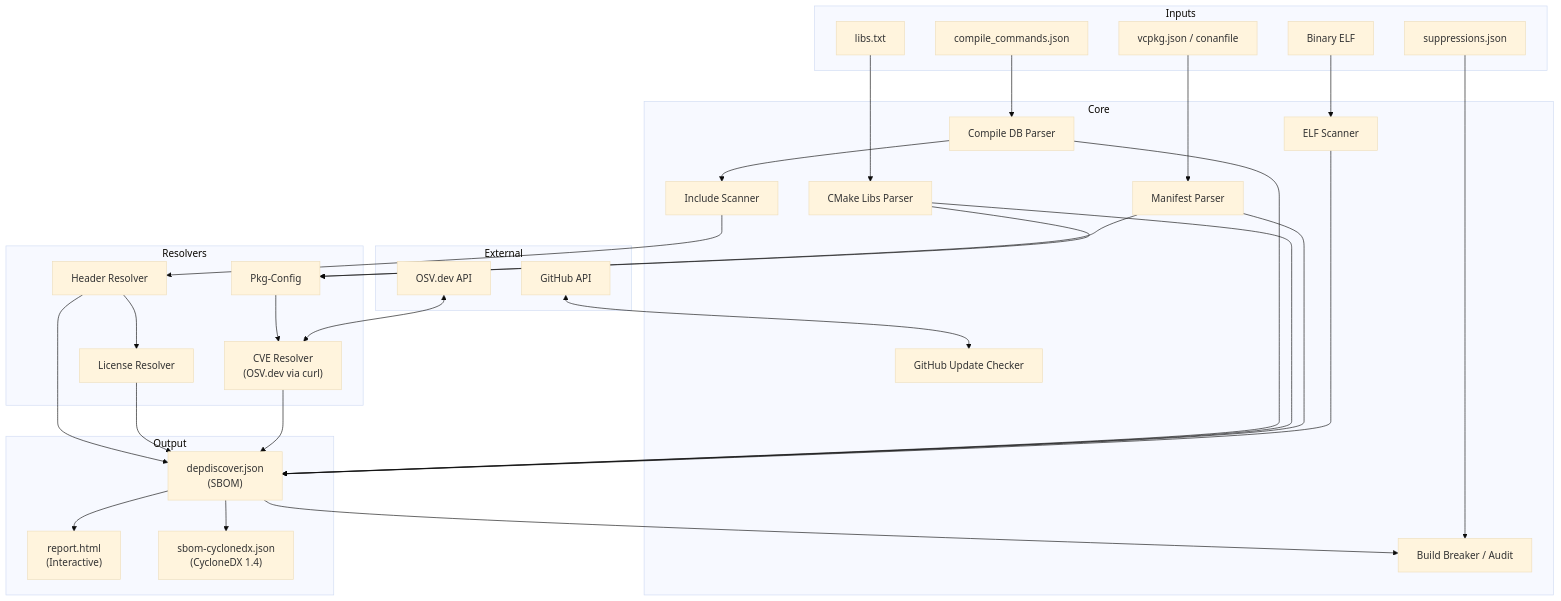
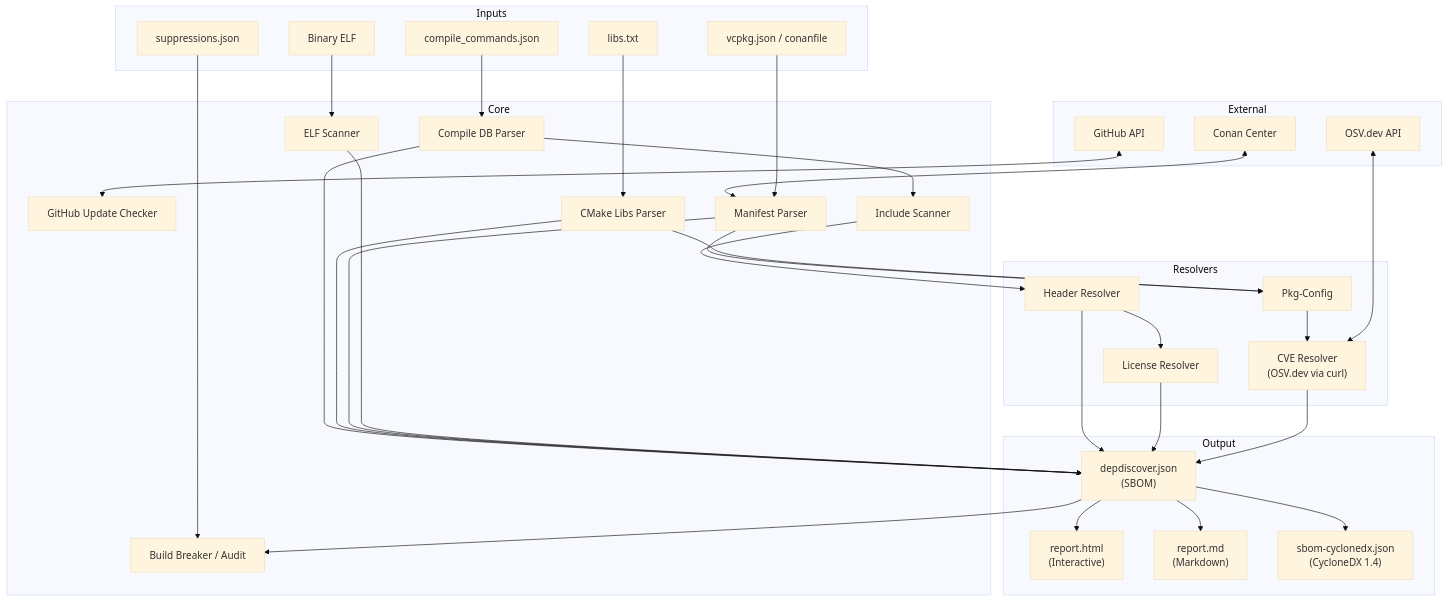
The second of 4 diagrams in docs/architecture/readme.md (Zheng-Bote/depdiscover), drawn with Mermaid (base theme) before and after one commit. The commit also changed other lines of this file and 32 other files, not shown here.

````diff
--- a/docs/architecture/readme.md
+++ b/docs/architecture/readme.md
@@ -84,60 +86,64 @@
 ```mermaid
 graph TD
     subgraph External
         GH[GitHub API]
         OSV[OSV.dev API]
+        CN[Conan Center]
     end
 
     subgraph Inputs
         CC[compile_commands.json]
         LIBS[libs.txt]
         MAN[vcpkg.json / conanfile]
         BIN[Binary ELF]
         SUPP[suppressions.json]
     end
 
     subgraph Core
         UC[GitHub Update Checker]
         P_CC[Compile DB Parser]
         P_CMAKE[CMake Libs Parser]
         P_MAN[Manifest Parser]
         S_ELF[ELF Scanner]
         S_INC[Include Scanner]
         BB[Build Breaker / Audit]
     end
 
     subgraph Resolvers
         R_HEAD[Header Resolver]
         R_PKG[Pkg-Config]
         R_LIC[License Resolver]
         R_CVE["CVE Resolver<br>(OSV.dev via curl)"]
     end
 
     subgraph Output
         JSON["depdiscover.json <br> (SBOM)"]
         HTML["report.html <br> (Interactive)"]
+        MD["report.md <br> (Markdown)"]
         CDX["sbom-cyclonedx.json <br> (CycloneDX 1.4)"]
     end
 
     GH <--> UC
+    CN <--> P_MAN
     CC --> P_CC
     LIBS --> P_CMAKE
     MAN --> P_MAN
     BIN --> S_ELF
     SUPP --> BB
 
     P_CC --> S_INC
     S_INC --> R_HEAD
 
     P_MAN --> R_PKG
     P_CMAKE --> R_PKG
 
     R_HEAD --> R_LIC
     R_PKG --> R_CVE
     OSV <--> R_CVE
 
     P_CC & P_CMAKE & P_MAN & S_ELF & R_HEAD & R_LIC & R_CVE --> JSON
     JSON --> BB
     JSON --> HTML
+    JSON --> MD
     JSON --> CDX
 ```
````
